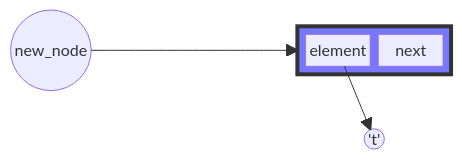
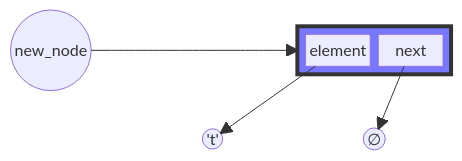
One commit to ruslylove/datastruct changed the fourth of 15 diagrams in lectures/lect-3-Singly-Linked-List.md. Above: the diagram before and after it, drawn with Mermaid. The commit also changed other lines of this file and 5 other files, not shown here.

````diff
--- a/lectures/lect-3-Singly-Linked-List.md
+++ b/lectures/lect-3-Singly-Linked-List.md
@@ -223,21 +271,23 @@
 ```mermaid {scale:0.7}
 block-beta
     
     columns 3
     newnode(("new_node"))
     space
     block:node
         element
         next
     end
     space
-    space
     T(("'t'"))
+    null(("∅"))
     
 
     newnode --> node
     element --> T
+    next --> null
+
 
     style node fill:#77f,stroke-width:4px,stroke:#333
 
 ```
````
